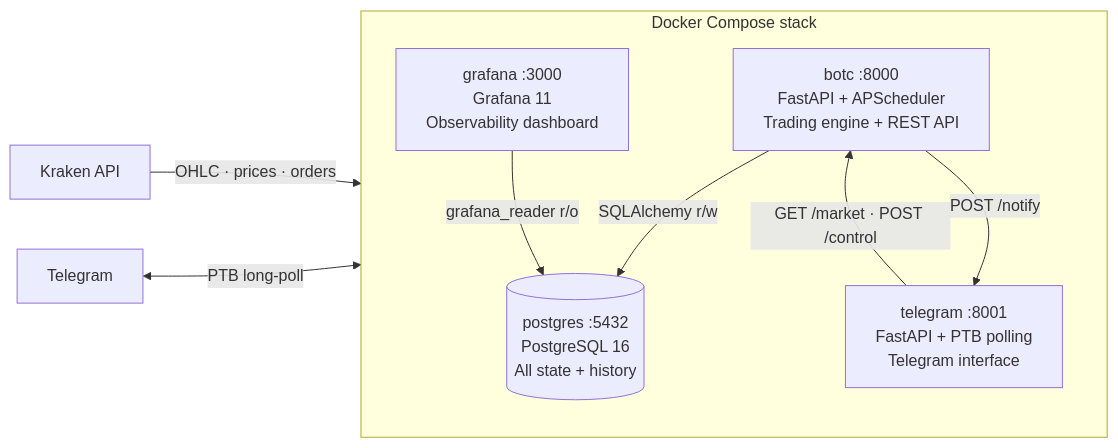
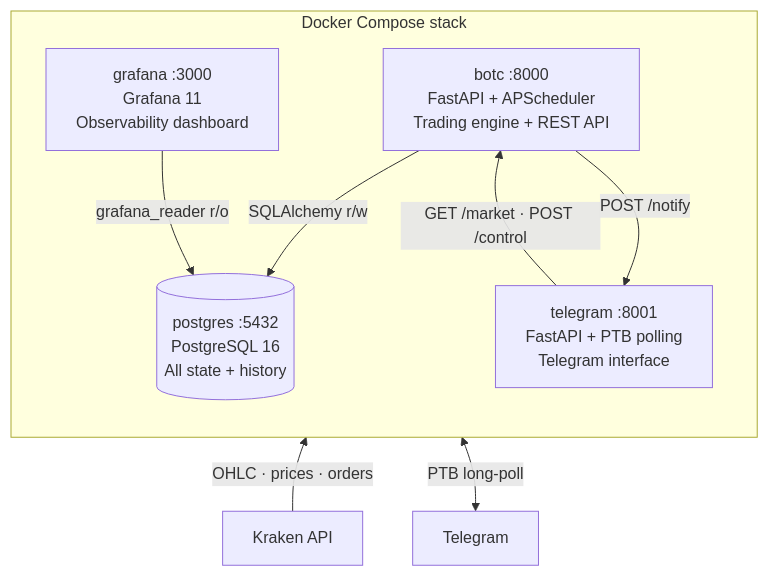
One commit to jAjiz/botcoin changed the first of 2 diagrams in README.md. Above: the diagram before and after it, drawn with Mermaid. The commit also changed other lines of this file, not shown here.

Commit message:
docs(readme): tweak intro wording and fix architecture diagram layout

````diff
--- a/README.md
+++ b/README.md
@@ -15,20 +15,20 @@
 ```mermaid
-graph LR
+graph BT
     subgraph stack["Docker Compose stack"]
         direction TB
         botc["botc :8000\nFastAPI + APScheduler\nTrading engine + REST API"]
         telegram["telegram :8001\nFastAPI + PTB polling\nTelegram interface"]
         postgres[("postgres :5432\nPostgreSQL 16\nAll state + history")]
         grafana["grafana :3000\nGrafana 11\nObservability dashboard"]
     end
 
     kraken["Kraken API"]
     tg["Telegram"]
 
     kraken -->|"OHLC · prices · orders"| botc
     botc -->|"SQLAlchemy r/w"| postgres
     grafana -->|"grafana_reader r/o"| postgres
     telegram -->|"GET /market · POST /control"| botc
+    tg <-->|"PTB long-poll"| telegram
     botc -->|"POST /notify"| telegram
-    tg <-->|"PTB long-poll"| telegram
 ```
````
